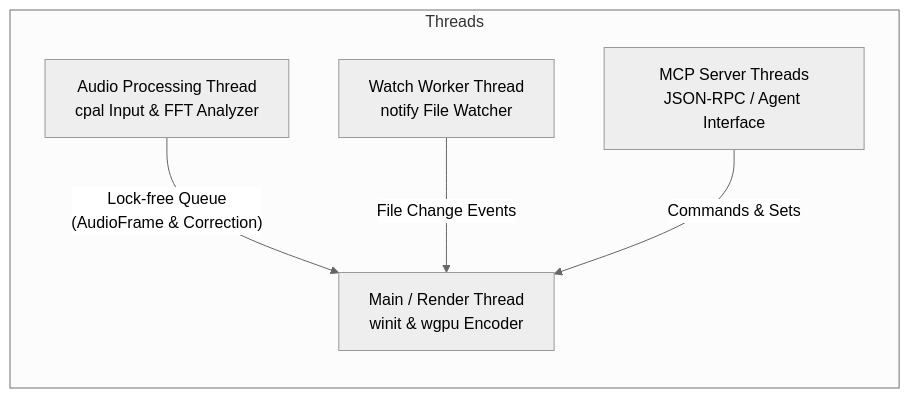
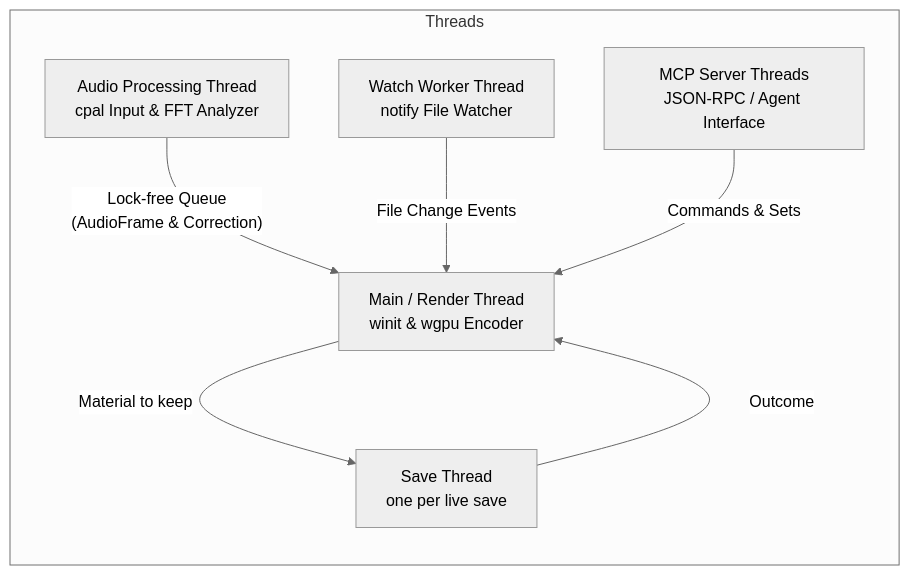
Before and after one commit to toyoshim-i/Karakuri: the third of 3 diagrams in docs/architecture.md, drawn with Mermaid (neutral theme). The commit also changed other lines of this file and 14 other files, not shown here.

````diff
--- a/docs/architecture.md
+++ b/docs/architecture.md
@@ -150,13 +150,16 @@
 ```mermaid
 graph LR
     subgraph Threads
         MAIN[Main / Render Thread<br>winit & wgpu Encoder]
         AUDIO[Audio Processing Thread<br>cpal Input & FFT Analyzer]
         WATCH[Watch Worker Thread<br>notify File Watcher]
         MCP[MCP Server Threads<br>JSON-RPC / Agent Interface]
+        SAVE[Save Thread<br>one per live save]
     end
 
     AUDIO -- "Lock-free Queue<br>(AudioFrame & Correction)" --> MAIN
     WATCH -- "File Change Events" --> MAIN
     MCP -- "Commands & Sets" --> MAIN
+    MAIN -- "Material to keep" --> SAVE
+    SAVE -- "Outcome" --> MAIN
 ```
````
